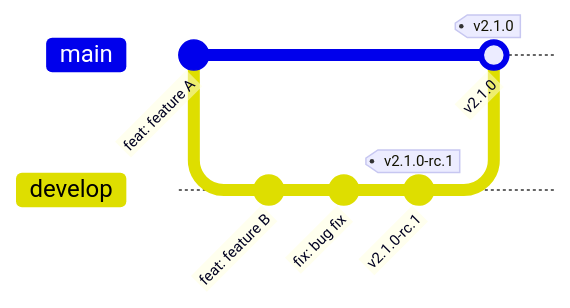
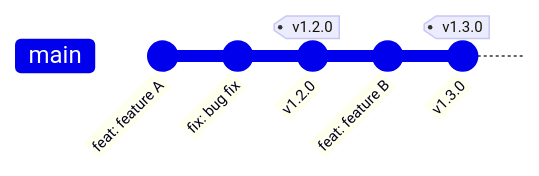
The first of 2 diagrams in docs/contributor/release-management.mdx (ls1intum/Hephaestus), drawn with Mermaid before and after one commit. The commit also changed other lines of this file and 21 other files, not shown here.

````diff
--- a/docs/contributor/release-management.mdx
+++ b/docs/contributor/release-management.mdx
@@ -12,11 +14,8 @@
 ```mermaid
 gitGraph
     commit id: "feat: feature A"
-    branch develop
-    checkout develop
+    commit id: "fix: bug fix"
+    commit id: "v1.2.0" tag: "v1.2.0"
     commit id: "feat: feature B"
-    commit id: "fix: bug fix"
-    commit id: "v2.1.0-rc.1" tag: "v2.1.0-rc.1"
-    checkout main
-    merge develop id: "v2.1.0" tag: "v2.1.0"
+    commit id: "v1.3.0" tag: "v1.3.0"
 ```
````
